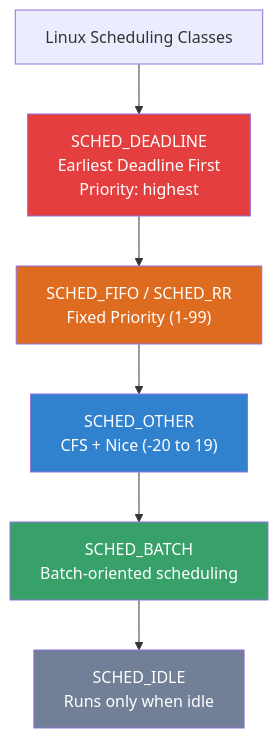
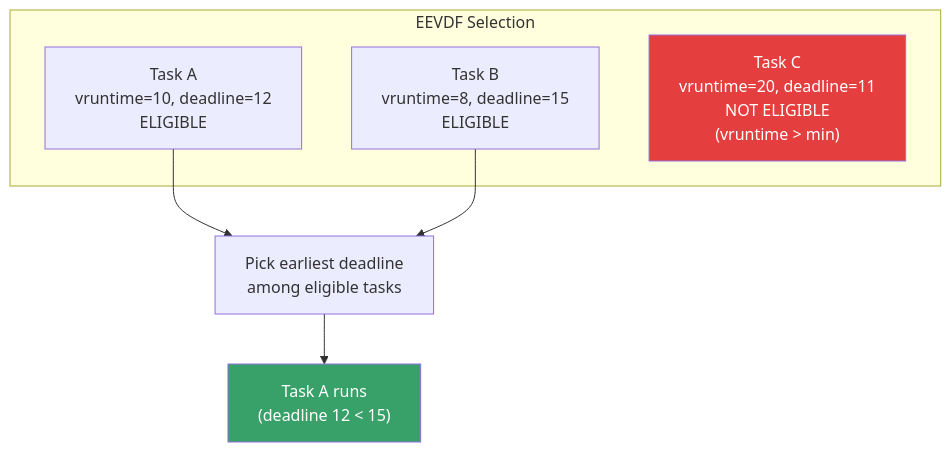
The eighth of 8 diagrams in src/kernel/processes/priorities.md (Abhinav-Kumar012/lb2), drawn with Mermaid before and after one commit. The commit also changed other lines of this file and 2 other files, not shown here.

Commit message:
Expand aio.md: glibc internals, signal notification, lio_listio batch, io_uring advanced features, error handling, O_DIRECT

````diff
--- a/src/kernel/processes/priorities.md
+++ b/src/kernel/processes/priorities.md
@@ -289,14 +546,15 @@
 ```mermaid
 graph TD
-    SCHED["Linux Scheduling Classes"] --> DL["SCHED_DEADLINE<br/>Earliest Deadline First<br/>Priority: highest"]
-    DL --> RT["SCHED_FIFO / SCHED_RR<br/>Fixed Priority (1-99)"]
-    RT --> NORMAL["SCHED_OTHER<br/>CFS + Nice (-20 to 19)"]
-    NORMAL --> BATCH["SCHED_BATCH<br/>Batch-oriented scheduling"]
-    BATCH --> IDLE["SCHED_IDLE<br/>Runs only when idle"]
+    subgraph "EEVDF Selection"
+        T1["Task A<br/>vruntime=10, deadline=12<br/>ELIGIBLE"]
+        T2["Task B<br/>vruntime=8, deadline=15<br/>ELIGIBLE"]
+        T3["Task C<br/>vruntime=20, deadline=11<br/>NOT ELIGIBLE<br/>(vruntime > min)"]
+    end
+    SELECT["Pick earliest deadline<br/>among eligible tasks"]
+    T1 --> SELECT
+    T2 --> SELECT
+    SELECT --> RUN["Task A runs<br/>(deadline 12 < 15)"]
 
-    style DL fill:#e53e3e,color:#fff
-    style RT fill:#dd6b20,color:#fff
-    style NORMAL fill:#3182ce,color:#fff
-    style BATCH fill:#38a169,color:#fff
-    style IDLE fill:#718096,color:#fff
+    style T3 fill:#e53e3e,color:#fff
+    style RUN fill:#38a169,color:#fff
 ```
````
